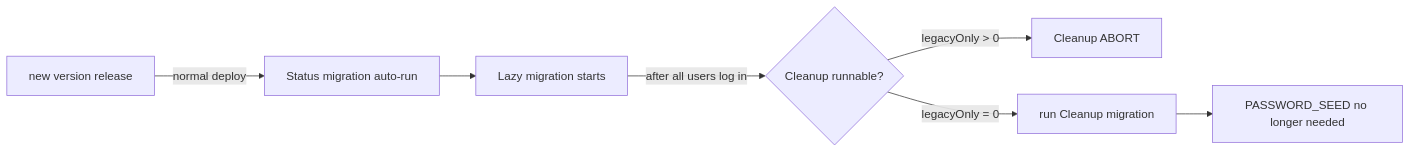
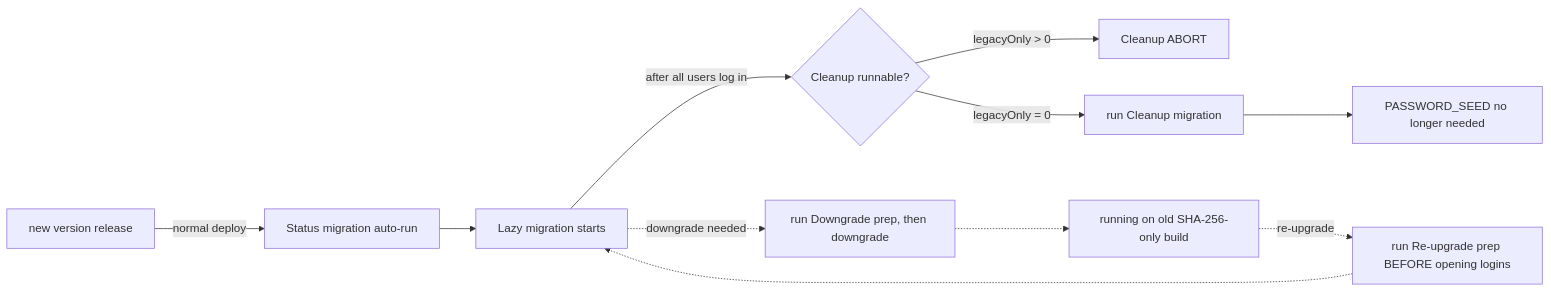
One commit to growilabs/growi changed the fourth of 4 diagrams in .kiro/specs/password-hash-upgrade/design.md. Above: the diagram before and after it, drawn with Mermaid. The commit also changed other lines of this file and 5 other files, not shown here.

Commit message:
add re-upgrade prep script to clear stale passwordHash

````diff
--- a/.kiro/specs/password-hash-upgrade/design.md
+++ b/.kiro/specs/password-hash-upgrade/design.md
@@ -680,9 +685,15 @@
 ```mermaid
 flowchart LR
     A[new version release] -->|normal deploy| B[Status migration auto-run]
     B --> C[Lazy migration starts]
     C -->|after all users log in| D{Cleanup runnable?}
     D -->|legacyOnly > 0| E[Cleanup ABORT]
     D -->|legacyOnly = 0| F[run Cleanup migration]
     F --> G[PASSWORD_SEED no longer needed]
+
+    %% Exceptional path: downgrade before Phase 3, then re-upgrade
+    C -.->|downgrade needed| H[run Downgrade prep, then downgrade]
+    H -.-> I[running on old SHA-256-only build]
+    I -.->|re-upgrade| J[run Re-upgrade prep BEFORE opening logins]
+    J -.-> C
 ```
````
